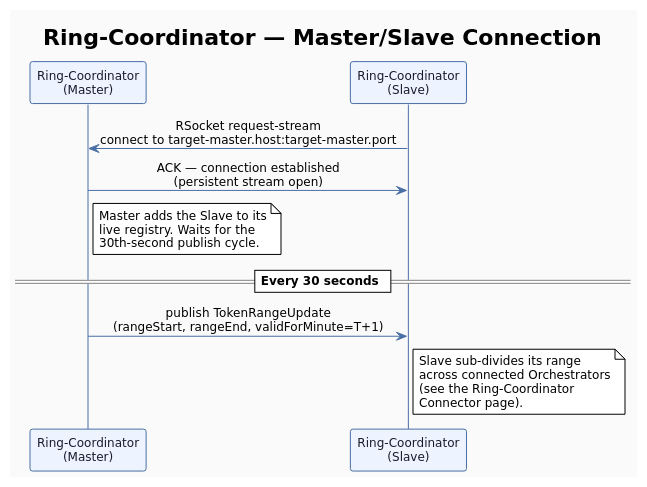
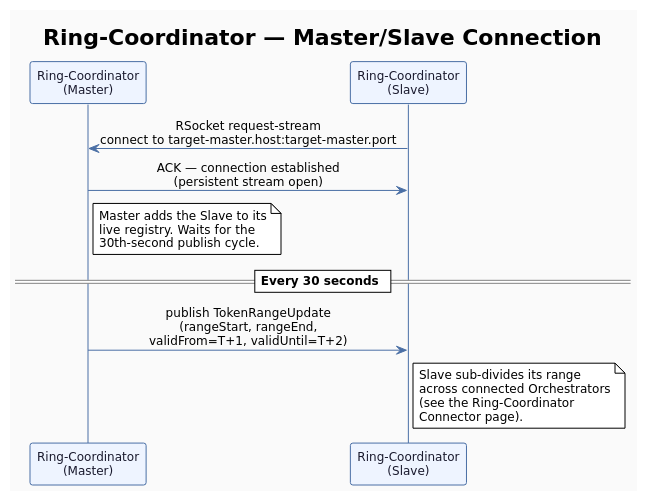
Before and after one commit to stacksaga/stacksaga-docs: the diagram in docs/modules/retry-ring-coordinator/pages/ring-coordinator.adoc, drawn with PlantUML. The commit also changed 15 other files, not shown here.

```diff
--- a/docs/modules/retry-ring-coordinator/pages/ring-coordinator.adoc
+++ b/docs/modules/retry-ring-coordinator/pages/ring-coordinator.adoc
@@ -19,49 +19,49 @@
 [plantuml,target=ring-coordinator-master-slave-handshake,format=svg]
 ----
 @startuml ring-coordinator-master-slave-handshake
 !theme plain
 skinparam backgroundColor #FAFAFA
 skinparam defaultFontName "DejaVu Sans"
 skinparam defaultFontSize 12
 skinparam sequenceMessageAlign center
 
 skinparam participant {
   BackgroundColor #EEF4FF
   BorderColor #4A6FA5
   FontColor #1A1A2E
 }
 
 skinparam sequence {
   ArrowColor #4A6FA5
   LifeLineBorderColor #4A6FA5
   LifeLineBackgroundColor #EEF4FF
   NoteBackgroundColor #FFF9E6
   NoteBorderColor #E0A800
 }
 
 title <b>Ring-Coordinator — Master/Slave Connection</b>
 
 participant "Ring-Coordinator\n(Master)" as master
 participant "Ring-Coordinator\n(Slave)" as slave
 
 slave -> master : RSocket request-stream\nconnect to target-master.host:target-master.port
 master -> slave : ACK — connection established\n(persistent stream open)
 
 note right of master
   Master adds the Slave to its
   live registry. Waits for the
   30th-second publish cycle.
 end note
 
 == Every 30 seconds ==
-master -> slave : publish TokenRangeUpdate\n(rangeStart, rangeEnd, validForMinute=T+1)
+master -> slave : publish TokenRangeUpdate\n(rangeStart, rangeEnd,\nvalidFrom=T+1, validUntil=T+2)
 
 note right of slave
   Slave sub-divides its range
   across connected Orchestrators
   (see the Ring-Coordinator
   Connector page).
 end note
 
 @enduml
 ----
```
